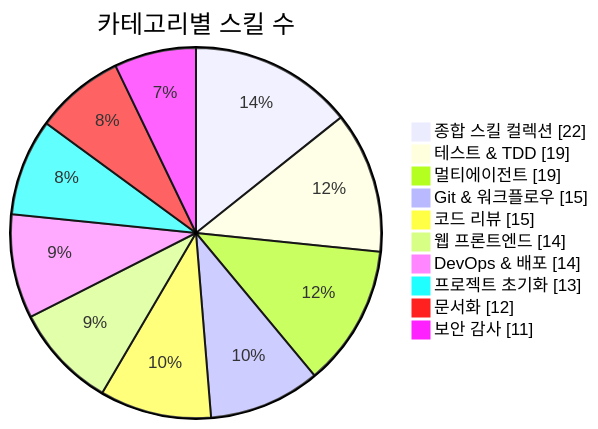
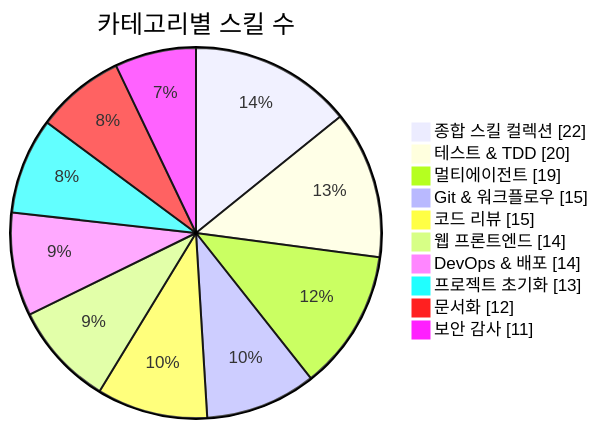
One commit to J-nowcow/awesome-korean-agent-skills changed the first of 3 diagrams in README.md. Above: the diagram before and after it, drawn with Mermaid. The commit also changed other lines of this file and 4 other files, not shown here.

````diff
--- a/README.md
+++ b/README.md
@@ -176,14 +176,14 @@
 ```mermaid
 pie showData
     title 카테고리별 스킬 수
     "종합 스킬 컬렉션" : 22
-    "테스트 & TDD" : 19
+    "테스트 & TDD" : 20
     "멀티에이전트" : 19
     "Git & 워크플로우" : 15
     "코드 리뷰" : 15
     "웹 프론트엔드" : 14
     "DevOps & 배포" : 14
     "프로젝트 초기화" : 13
     "문서화" : 12
     "보안 감사" : 11
 ```
````
